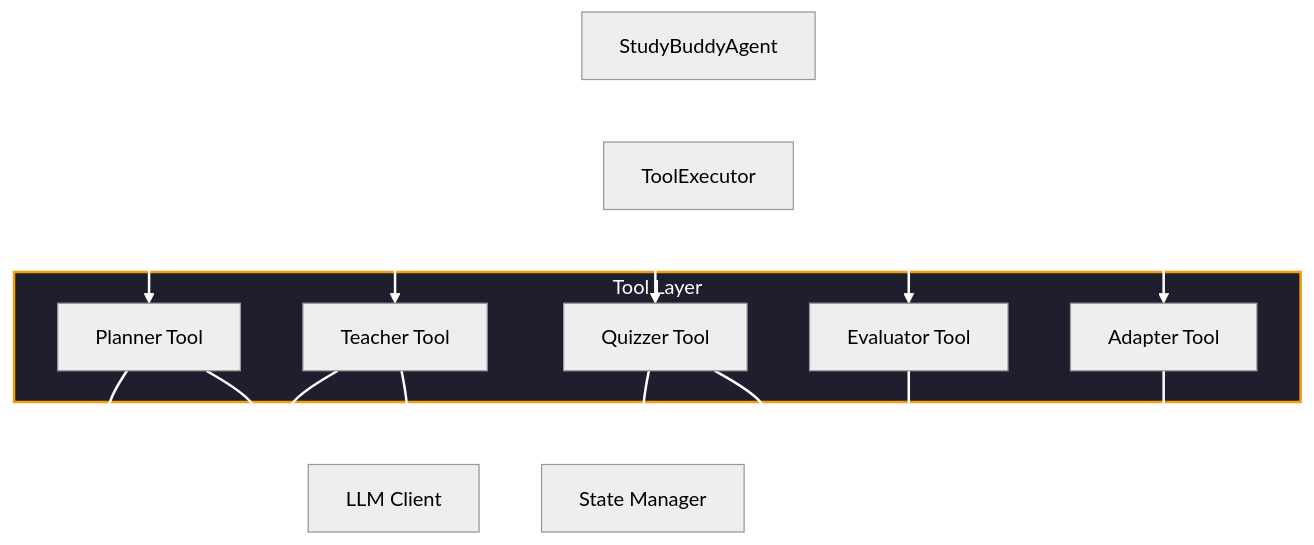
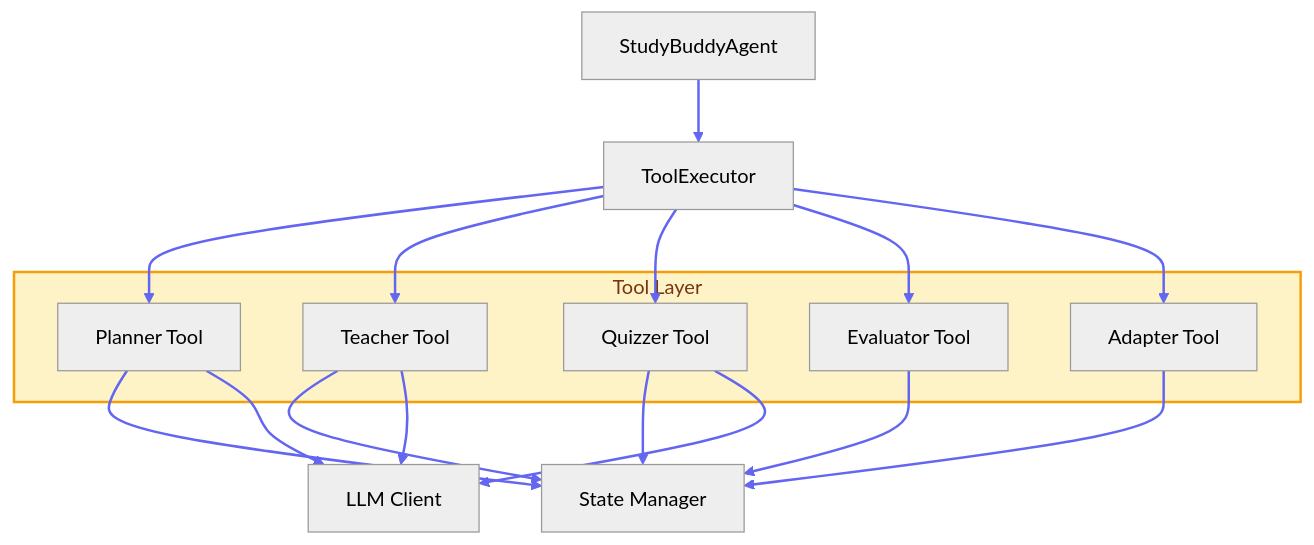
The fourth of 6 diagrams in ARCHITECTURE.md (ebinzacharias/ez-agentic-study-buddy), drawn with Mermaid (neutral theme) before and after one commit. The commit also changed other lines of this file and 1 other file, not shown here.

````diff
--- a/ARCHITECTURE.md
+++ b/ARCHITECTURE.md
@@ -351,32 +351,32 @@
 ```mermaid
 flowchart TD
-    style ToolLayer fill:#1E1E2F,stroke:#F59E0B,stroke-width:2px,color:#FFFFFF
+    style ToolLayer fill:#FEF3C7,stroke:#F59E0B,stroke-width:2px,color:#78350F
 
-    linkStyle default stroke:#FFFFFF,stroke-width:2px
+    linkStyle default stroke:#6366F1,stroke-width:2px
 
     Agent[StudyBuddyAgent] --> ToolExec[ToolExecutor]
     
     subgraph ToolLayer[Tool Layer]
         Planner[Planner Tool]
         Teacher[Teacher Tool]
         Quizzer[Quizzer Tool]
         Evaluator[Evaluator Tool]
         Adapter[Adapter Tool]
     end
 
     ToolExec --> Planner
     ToolExec --> Teacher
     ToolExec --> Quizzer
     ToolExec --> Evaluator
     ToolExec --> Adapter
     
     Planner --> State[State Manager]
     Teacher --> State
     Quizzer --> State
     Evaluator --> State
     Adapter --> State
     
     Planner --> LLM[LLM Client]
     Teacher --> LLM
     Quizzer --> LLM
 ```
````
